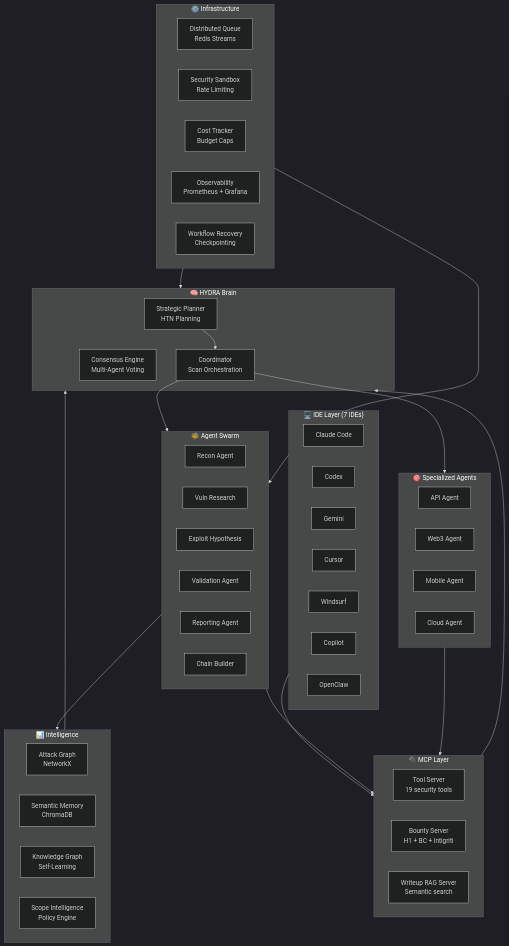
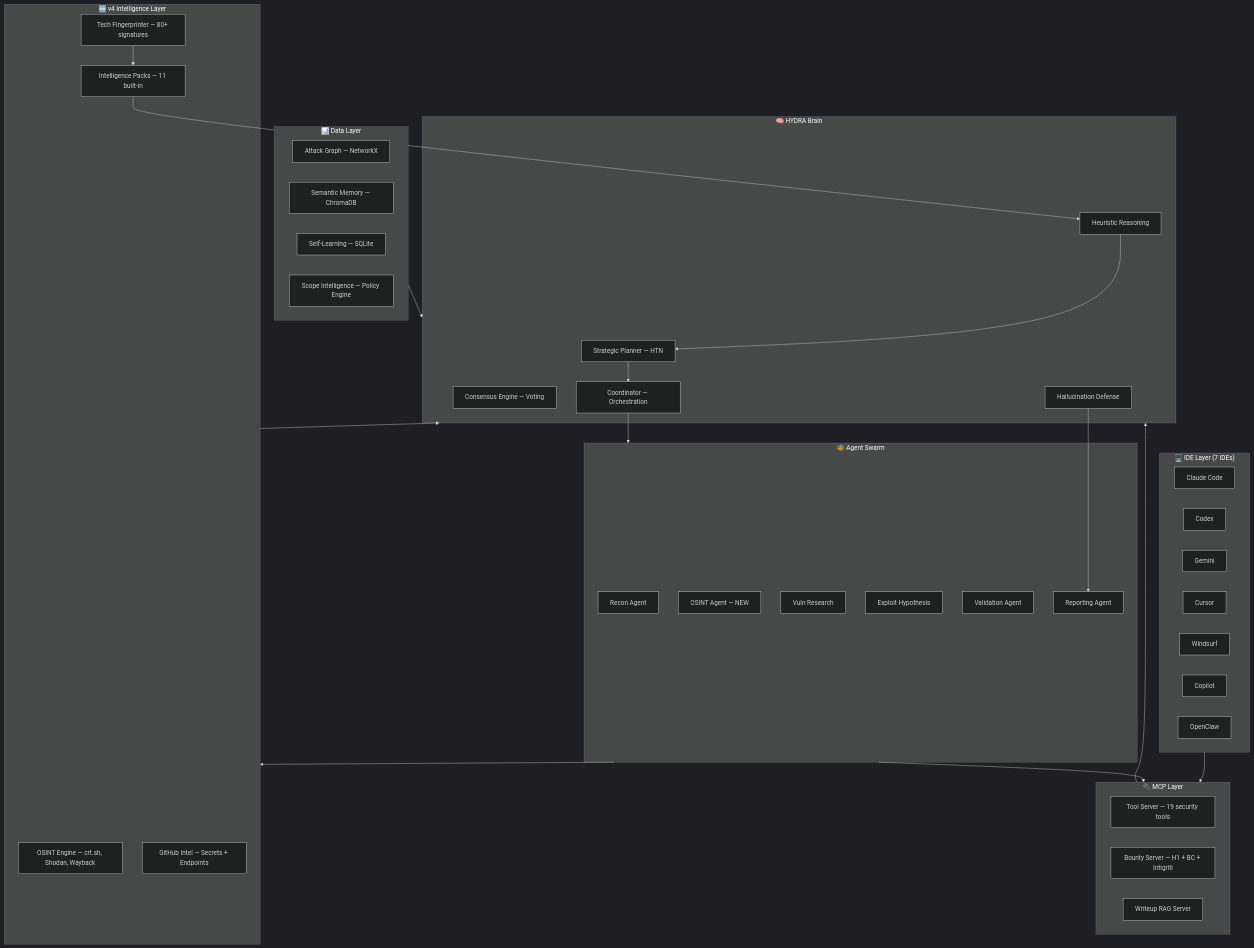
Before and after one commit to thenothing0/THENOTHING: the diagram in README.md, drawn with Mermaid (dark theme). The commit also changed other lines of this file and 1 other file, not shown here.

````diff
--- a/README.md
+++ b/README.md
@@ -43,67 +57,62 @@
 ```mermaid
 graph TB
     subgraph IDE["🖥️ IDE Layer (7 IDEs)"]
-        CC[Claude Code] 
+        CC[Claude Code]
         CX[Codex]
         GM[Gemini]
         CR[Cursor]
         WS[Windsurf]
         CP[Copilot]
         OC[OpenClaw]
     end
 
     subgraph MCP["🔌 MCP Layer"]
-        MTS[Tool Server<br/>19 security tools]
-        MBS[Bounty Server<br/>H1 + BC + Intigriti]
-        MWS[Writeup RAG Server<br/>Semantic search]
+        MTS["Tool Server — 19 security tools"]
+        MBS["Bounty Server — H1 + BC + Intigriti"]
+        MWS["Writeup RAG Server"]
     end
 
     subgraph BRAIN["🧠 HYDRA Brain"]
-        PA[Strategic Planner<br/>HTN Planning]
-        CO[Coordinator<br/>Scan Orchestration]
-        CE[Consensus Engine<br/>Multi-Agent Voting]
+        PA["Strategic Planner — HTN"]
+        CO["Coordinator — Orchestration"]
+        CE["Consensus Engine — Voting"]
+        HR["Heuristic Reasoning"]
+        HD["Hallucination Defense"]
     end
 
     subgraph SWARM["🐝 Agent Swarm"]
         RA[Recon Agent]
+        OA["OSINT Agent — NEW"]
         VR[Vuln Research]
         EH[Exploit Hypothesis]
         VA[Validation Agent]
         RP[Reporting Agent]
-        CB[Chain Builder]
     end
 
-    subgraph SPECIALIZED["🎯 Specialized Agents"]
-        API[API Agent]
-        W3[Web3 Agent]
-        MB[Mobile Agent]
-        CL[Cloud Agent]
+    subgraph V4["🆕 v4 Intelligence Layer"]
+        OSINT["OSINT Engine — crt.sh, Shodan, Wayback"]
+        GH["GitHub Intel — Secrets + Endpoints"]
+        FP["Tech Fingerprinter — 80+ signatures"]
+        IP["Intelligence Packs — 11 built-in"]
     end
 
-    subgraph INTEL["📊 Intelligence"]
-        AG[Attack Graph<br/>NetworkX]
-        SM[Semantic Memory<br/>ChromaDB]
-        KG[Knowledge Graph<br/>Self-Learning]
-        SC[Scope Intelligence<br/>Policy Engine]
-    end
-
-    subgraph INFRA["⚙️ Infrastructure"]
-        RQ[Distributed Queue<br/>Redis Streams]
-        SB[Security Sandbox<br/>Rate Limiting]
-        CT[Cost Tracker<br/>Budget Caps]
-        OB[Observability<br/>Prometheus + Grafana]
-        RC[Workflow Recovery<br/>Checkpointing]
+    subgraph INTEL["📊 Data Layer"]
+        AG["Attack Graph — NetworkX"]
+        SM["Semantic Memory — ChromaDB"]
+        KG["Self-Learning — SQLite"]
+        SC["Scope Intelligence — Policy Engine"]
     end
 
     IDE --> MCP
     MCP --> BRAIN
     PA --> CO
     CO --> SWARM
-    CO --> SPECIALIZED
-    SWARM --> INTEL
+    SWARM --> V4
     SWARM --> MCP
-    SPECIALIZED --> MCP
+    V4 --> BRAIN
     INTEL --> BRAIN
-    INFRA --> BRAIN
-    INFRA --> SWARM
+    HR --> PA
+    FP --> IP
+    IP --> HR
+    HD --> RP
 ```
````
